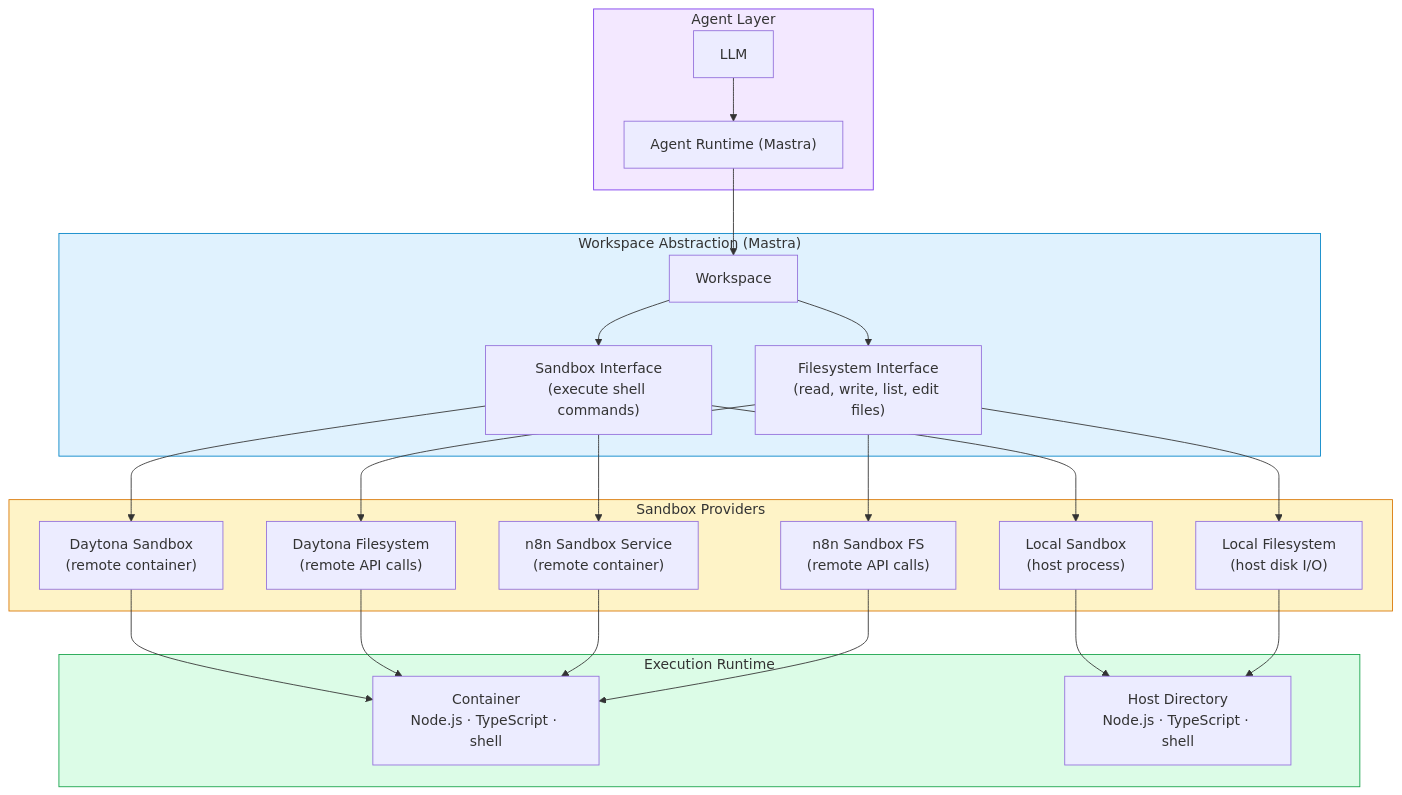
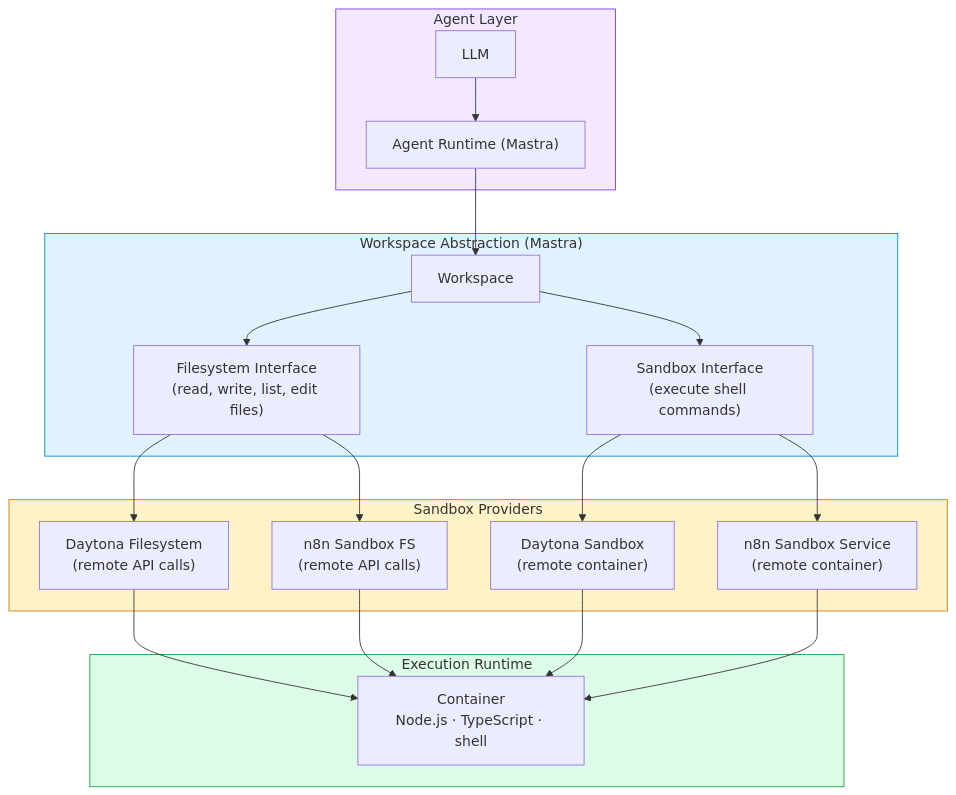
The first of 5 diagrams in packages/@n8n/instance-ai/docs/sandboxing.md (mayankjain1815-commits/n8n), drawn with Mermaid before and after one commit. The commit also changed other lines of this file and 601 other files, not shown here.

````diff
--- a/packages/@n8n/instance-ai/docs/sandboxing.md
+++ b/packages/@n8n/instance-ai/docs/sandboxing.md
@@ -11,35 +11,31 @@
 ```mermaid
 graph TB
     subgraph Agent ["Agent Layer"]
         LLM[LLM] --> AgentRuntime["Agent Runtime (Mastra)"]
     end
 
     subgraph WorkspaceLayer ["Workspace Abstraction (Mastra)"]
         AgentRuntime --> Workspace["Workspace"]
         Workspace --> FS["Filesystem Interface<br/>(read, write, list, edit files)"]
         Workspace --> Sandbox["Sandbox Interface<br/>(execute shell commands)"]
     end
 
     subgraph Providers ["Sandbox Providers"]
         FS --> DaytonaFS["Daytona Filesystem<br/>(remote API calls)"]
-        FS --> LocalFS["Local Filesystem<br/>(host disk I/O)"]
         FS --> N8nFS["n8n Sandbox FS<br/>(remote API calls)"]
         Sandbox --> DaytonaSB["Daytona Sandbox<br/>(remote container)"]
         Sandbox --> N8nSB["n8n Sandbox Service<br/>(remote container)"]
-        Sandbox --> LocalSB["Local Sandbox<br/>(host process)"]
     end
 
     subgraph Runtime ["Execution Runtime"]
         DaytonaSB --> Container["Container<br/>Node.js · TypeScript · shell"]
         DaytonaFS --> Container
         N8nSB --> Container
         N8nFS --> Container
-        LocalSB --> HostDir["Host Directory<br/>Node.js · TypeScript · shell"]
-        LocalFS --> HostDir
     end
 
     style Agent fill:#f3e8ff,stroke:#7c3aed
     style WorkspaceLayer fill:#e0f2fe,stroke:#0284c7
     style Providers fill:#fef3c7,stroke:#d97706
     style Runtime fill:#dcfce7,stroke:#16a34a
 ```
````
